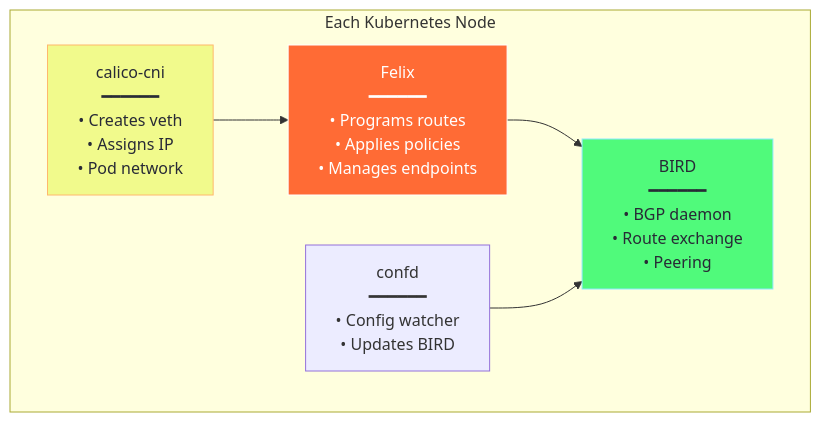
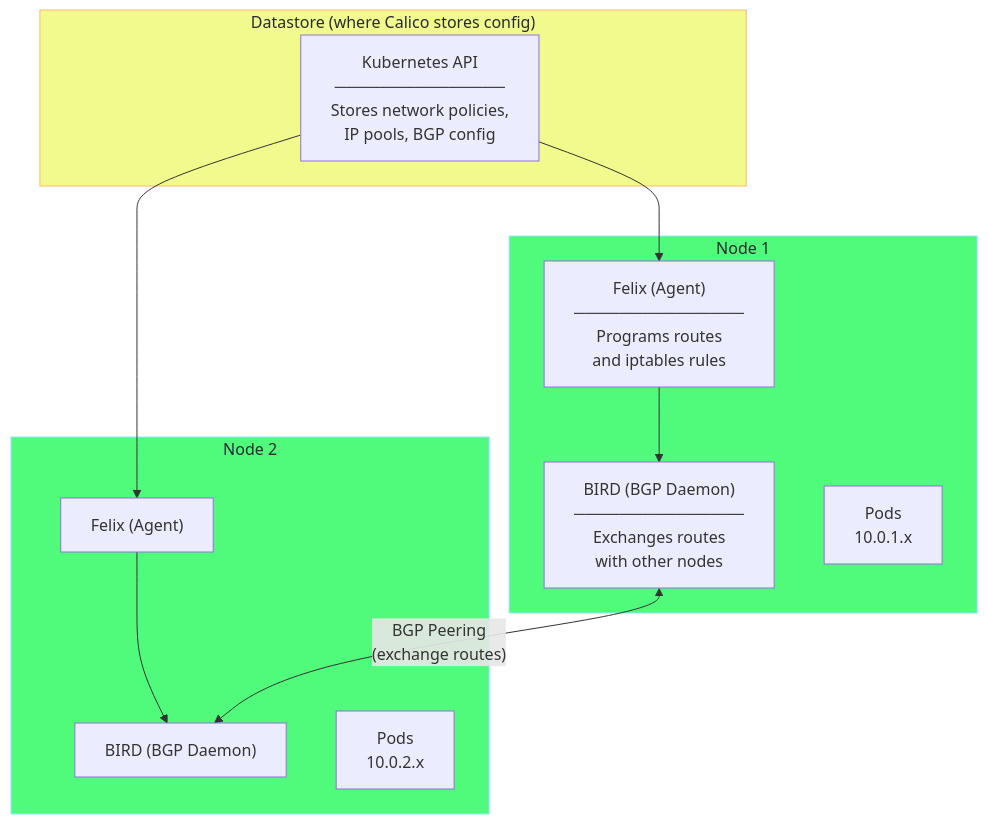
Before and after one commit to selvakumarperumal/k8s_minikube_learn: the first of 3 diagrams in cni_networking/03-cni-plugins-deep-dive.md, drawn with Mermaid. The commit also changed other lines of this file and 4 other files, not shown here.

````diff
--- a/cni_networking/03-cni-plugins-deep-dive.md
+++ b/cni_networking/03-cni-plugins-deep-dive.md
@@ -84,20 +84,30 @@
 ```mermaid
 flowchart TB
-    subgraph Node["Each Kubernetes Node"]
-        Felix["Felix\n━━━━━━\n• Programs routes\n• Applies policies\n• Manages endpoints"]
-        
-        BIRD["BIRD\n━━━━━━\n• BGP daemon\n• Route exchange\n• Peering"]
-        
-        CNI["calico-cni\n━━━━━━\n• Creates veth\n• Assigns IP\n• Pod network"]
-        
-        confd["confd\n━━━━━━\n• Config watcher\n• Updates BIRD"]
+    subgraph DataStore["Datastore (where Calico stores config)"]
+        Kube["Kubernetes API<br/>───────────────<br/>Stores network policies,<br/>IP pools, BGP config"]
     end
     
-    Felix --> BIRD
-    confd --> BIRD
-    CNI --> Felix
+    subgraph Node1["Node 1"]
+        Felix1["Felix (Agent)<br/>───────────────<br/>Programs routes<br/>and iptables rules"]
+        BIRD1["BIRD (BGP Daemon)<br/>───────────────<br/>Exchanges routes<br/>with other nodes"]
+        Pods1["Pods<br/>10.0.1.x"]
+        
+        Felix1 --> BIRD1
+    end
     
-    style Felix fill:#ff6b35,stroke:#fff,color:#fff
-    style BIRD fill:#50fa7b,stroke:#8be9fd,color:#282a36
-    style CNI fill:#f1fa8c,stroke:#ffb86c,color:#282a36
+    subgraph Node2["Node 2"]
+        Felix2["Felix (Agent)"]
+        BIRD2["BIRD (BGP Daemon)"]
+        Pods2["Pods<br/>10.0.2.x"]
+        
+        Felix2 --> BIRD2
+    end
+    
+    Kube --> Felix1
+    Kube --> Felix2
+    BIRD1 <-->|"BGP Peering<br/>(exchange routes)"| BIRD2
+    
+    style DataStore fill:#f1fa8c,stroke:#ffb86c,color:#282a36
+    style Node1 fill:#50fa7b,stroke:#8be9fd,color:#282a36
+    style Node2 fill:#50fa7b,stroke:#8be9fd,color:#282a36
 ```
````
